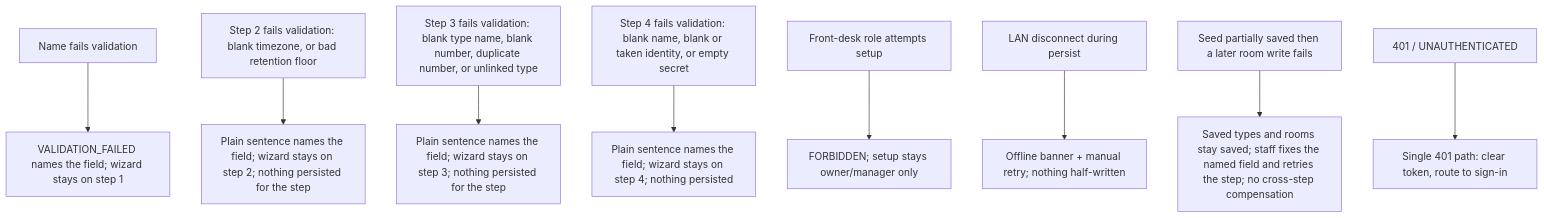
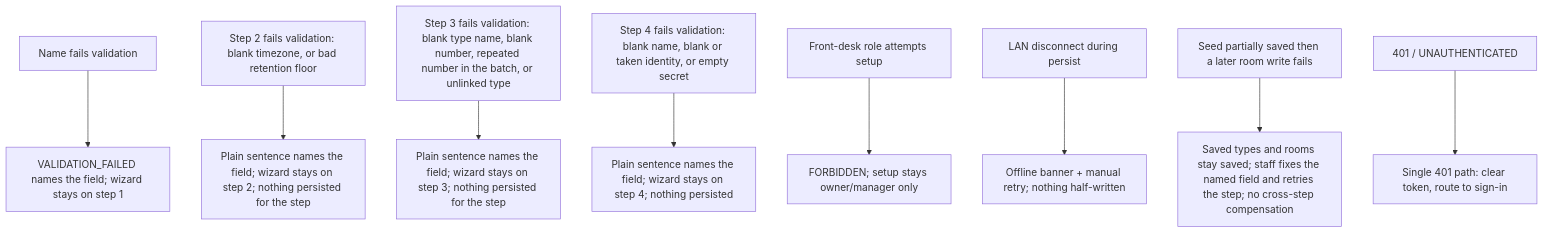
Diagram 17 of 17 in docs/architecture/lld.md (MingChen1501/hotel-mgmt), drawn with Mermaid before and after one commit. The commit also changed other lines of this file, not shown here.

First line of the commit message:
docs(architecture): Correct phantom guard citations in onboarding steps 2-4 LLD

````diff
--- a/docs/architecture/lld.md
+++ b/docs/architecture/lld.md
@@ -1328,11 +1345,11 @@
 ```mermaid
 flowchart TD
     P[Name fails validation] --> Q[VALIDATION_FAILED names the field; wizard stays on step 1]
     P2[Step 2 fails validation: blank timezone, or bad retention floor] --> Q2[Plain sentence names the field; wizard stays on step 2; nothing persisted for the step]
-    P3[Step 3 fails validation: blank type name, blank number, duplicate number, or unlinked type] --> Q3[Plain sentence names the field; wizard stays on step 3; nothing persisted for the step]
+    P3[Step 3 fails validation: blank type name, blank number, repeated number in the batch, or unlinked type] --> Q3[Plain sentence names the field; wizard stays on step 3; nothing persisted for the step]
     P4[Step 4 fails validation: blank name, blank or taken identity, or empty secret] --> Q4[Plain sentence names the field; wizard stays on step 4; nothing persisted]
     R[Front-desk role attempts setup] --> S[FORBIDDEN; setup stays owner/manager only]
     T[LAN disconnect during persist] --> U[Offline banner + manual retry; nothing half-written]
     T3[Seed partially saved then a later room write fails] --> U3[Saved types and rooms stay saved; staff fixes the named field and retries the step; no cross-step compensation]
     V[401 / UNAUTHENTICATED] --> W[Single 401 path: clear token, route to sign-in]
 ```
````
